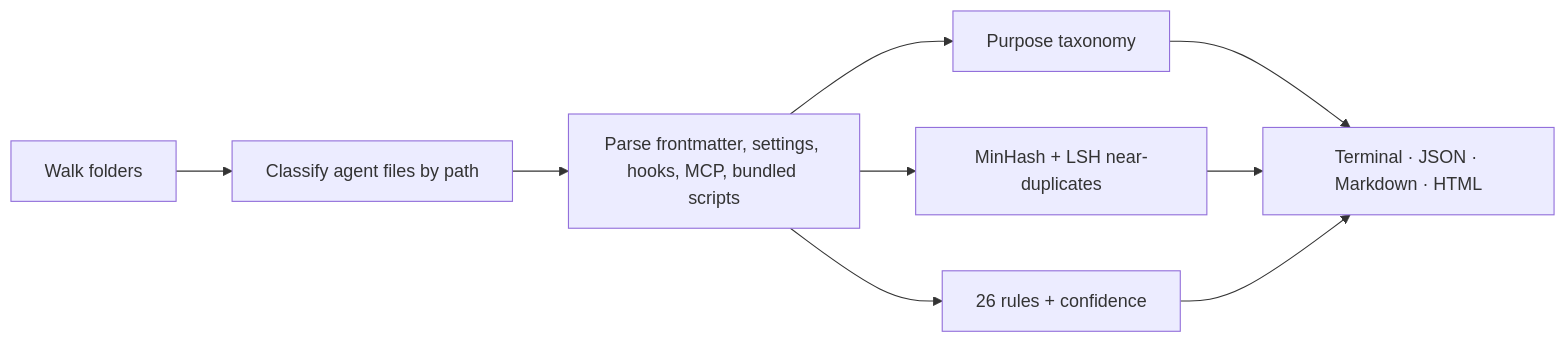
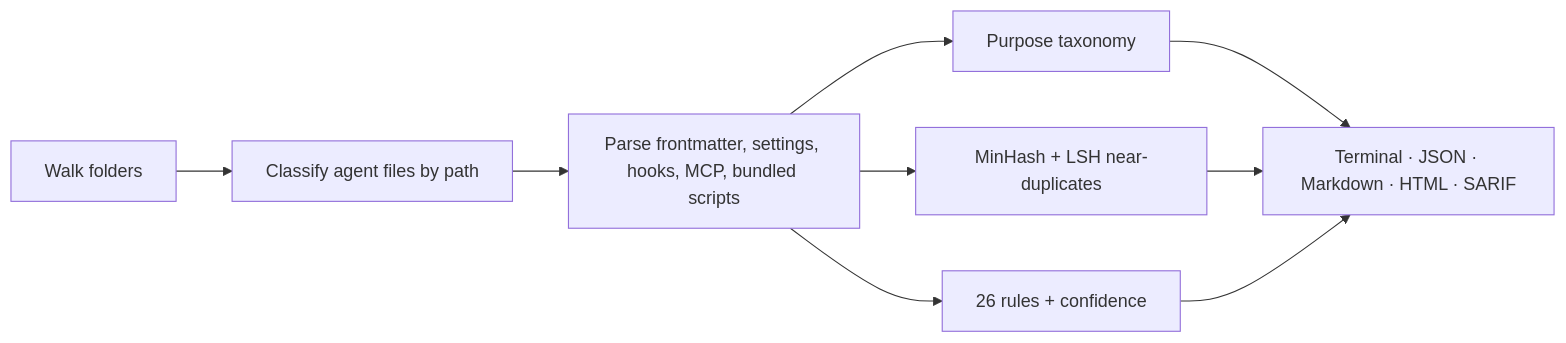
Before and after one commit to thinkingraven/rookery: the diagram in README.md, drawn with Mermaid. The commit also changed other lines of this file and 6 other files, not shown here.

````diff
--- a/README.md
+++ b/README.md
@@ -147,9 +179,9 @@
 ```mermaid
 flowchart LR
   A[Walk folders] --> B[Classify agent files by path]
   B --> C[Parse frontmatter, settings, hooks, MCP, bundled scripts]
   C --> D[Purpose taxonomy]
   C --> E[MinHash + LSH near-duplicates]
   C --> F[26 rules + confidence]
-  D & E & F --> G[Terminal · JSON · Markdown · HTML]
+  D & E & F --> G[Terminal · JSON · Markdown · HTML · SARIF]
 ```
````
